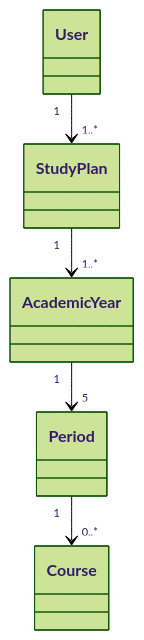
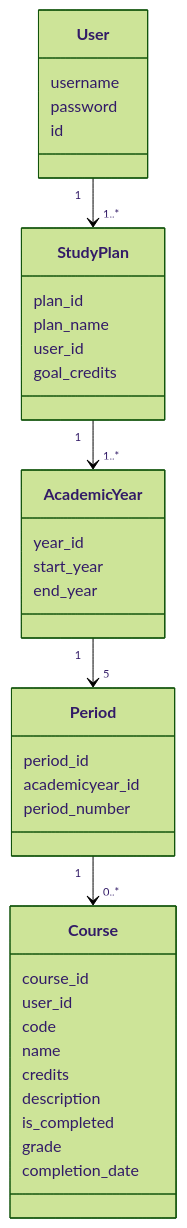
Before and after one commit to jasminlei/ohjelmistotekniikka: the third of 4 diagrams in harjoitustyo/dokumentaatio/arkkitehtuuri.md, drawn with Mermaid (forest theme). The commit also changed other lines of this file, not shown here.

````diff
--- a/harjoitustyo/dokumentaatio/arkkitehtuuri.md
+++ b/harjoitustyo/dokumentaatio/arkkitehtuuri.md
@@ -59,13 +136,41 @@
 ```mermaid
 classDiagram
-    class User
-    class StudyPlan
-    class AcademicYear
-    class Period
-    class Course
+    class User {
+    username
+    password
+    id
+    }
+    class StudyPlan {
+    plan_id
+    plan_name
+    user_id
+    goal_credits
+    }
+    class AcademicYear {
+    year_id
+    start_year
+    end_year
+    }
+    class Period {
+    period_id
+    academicyear_id
+    period_number
+    }
+
+    class Course {
+    course_id
+    user_id
+    code
+    name
+    credits
+    description
+    is_completed
+    grade
+    completion_date
+    }
 
     User "1" --> "1..*" StudyPlan
     StudyPlan "1" --> "1..*" AcademicYear
     AcademicYear "1" --> "5" Period
     Period "1" --> "0..*" Course
 ```
````
